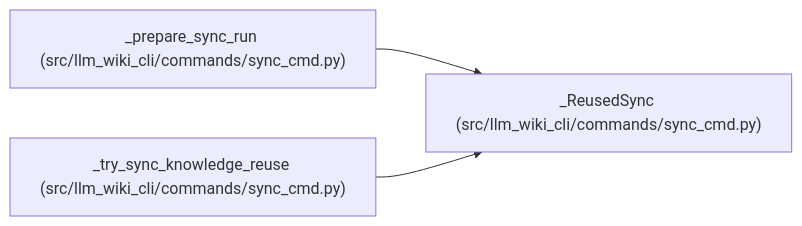
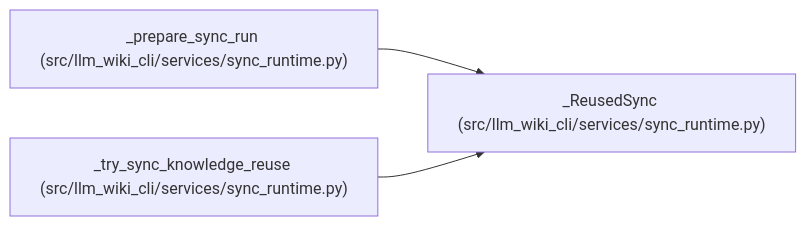
Before and after one commit to Denissvgn/python-wiki-llm: the diagram in docs/llm_wiki/entities/ReusedSync.md, drawn with Mermaid. The commit also changed other lines of this file and 1555 other files, not shown here.

````diff
--- a/docs/llm_wiki/entities/ReusedSync.md
+++ b/docs/llm_wiki/entities/ReusedSync.md
@@ -28,11 +28,11 @@
 ```mermaid
 flowchart LR
-    n0["_ReusedSync (src/llm_wiki_cli/commands/sync_cmd.py)"]
-    n1["_prepare_sync_run (src/llm_wiki_cli/commands/sync_cmd.py)"]
-    n2["_try_sync_knowledge_reuse (src/llm_wiki_cli/commands/sync_cmd.py)"]
+    n0["_ReusedSync (src/llm_wiki_cli/services/sync_runtime.py)"]
+    n1["_prepare_sync_run (src/llm_wiki_cli/services/sync_runtime.py)"]
+    n2["_try_sync_knowledge_reuse (src/llm_wiki_cli/services/sync_runtime.py)"]
     n1 --> n0
     n2 --> n0
-    click n0 "../modules/sync_cmd.md"
-    click n1 "../modules/sync_cmd.md"
-    click n2 "../modules/sync_cmd.md"
+    click n0 "../modules/sync_runtime.md"
+    click n1 "../modules/sync_runtime.md"
+    click n2 "../modules/sync_runtime.md"
 ```
````
